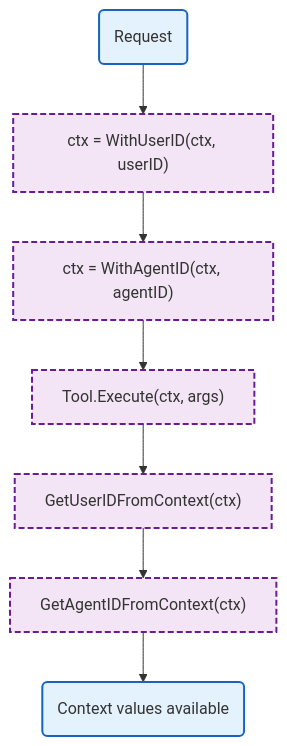
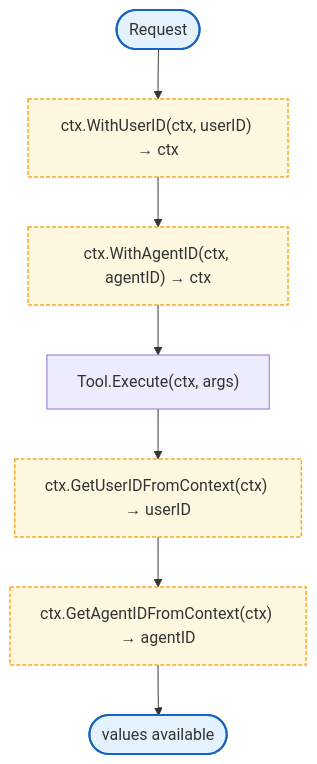
Before and after one commit to radch-ai/ava: the diagram in docs/internal/ctx.md, drawn with Mermaid. The commit also changed 24 other files, not shown here.

````diff
--- a/docs/internal/ctx.md
+++ b/docs/internal/ctx.md
@@ -7,16 +7,15 @@
 ```mermaid
 flowchart TB
-    Start("Request") --> WithUserID["ctx = WithUserID(ctx, userID)"]
-    WithUserID --> WithAgentID["ctx = WithAgentID(ctx, agentID)"]
-    WithAgentID --> ToolExec["Tool.Execute(ctx, args)"]
-    ToolExec --> GetUserID["GetUserIDFromContext(ctx)"]
-    GetUserID --> GetAgentID["GetAgentIDFromContext(ctx)"]
-    GetAgentID --> Done("Context values available")
+    Start([Request]) --> SetUserID["ctx.WithUserID(ctx, userID) → ctx"]
+    SetUserID --> SetAgentID["ctx.WithAgentID(ctx, agentID) → ctx"]
+    SetAgentID --> UseCtx["Tool.Execute(ctx, args)"]
+    UseCtx --> GetUserID["ctx.GetUserIDFromContext(ctx) → userID"]
+    GetUserID --> GetAgentID["ctx.GetAgentIDFromContext(ctx) → agentID"]
+    GetAgentID --> Done(["values available"])
 
     classDef mainFn fill:#e3f2fd,stroke:#1565c0,stroke-width:2px
-    classDef internalFn fill:#f3e5f5,stroke:#6a1b9a,stroke-width:2px,stroke-dasharray:6 3
     classDef localPkgs fill:#fff8e1,stroke:#f9a825,stroke-width:1.5px,stroke-dasharray:4 2
 
     class Start,Done mainFn
-    class WithUserID,WithAgentID,ToolExec,GetUserID,GetAgentID internalFn
+    class SetUserID,SetAgentID,GetUserID,GetAgentID localPkgs
 ```
````
